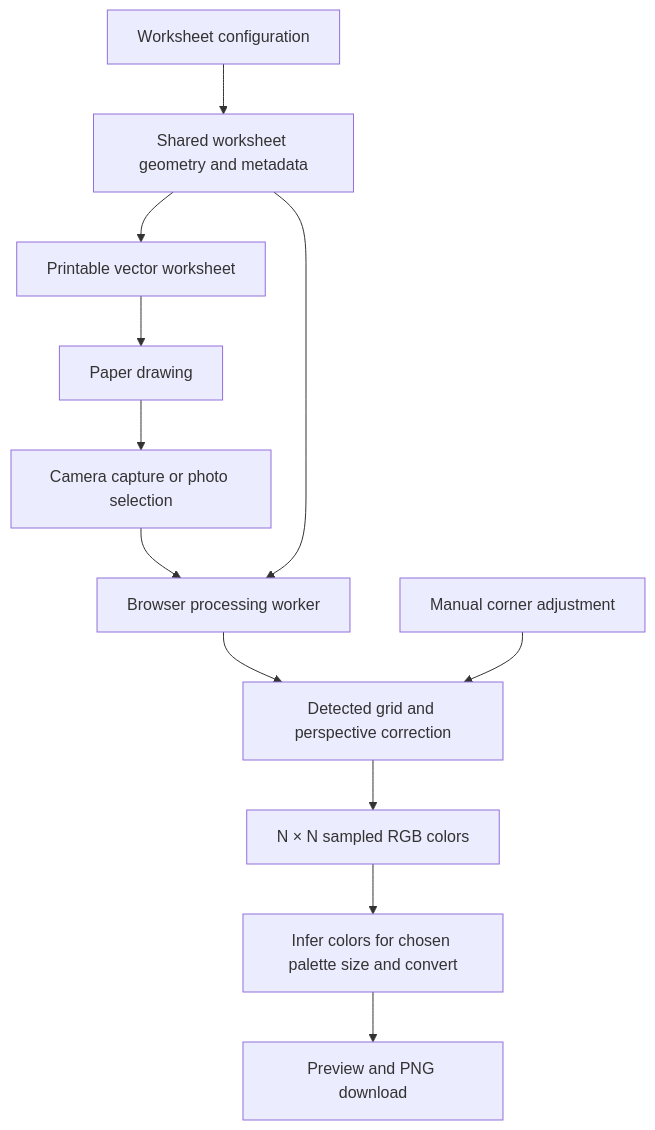
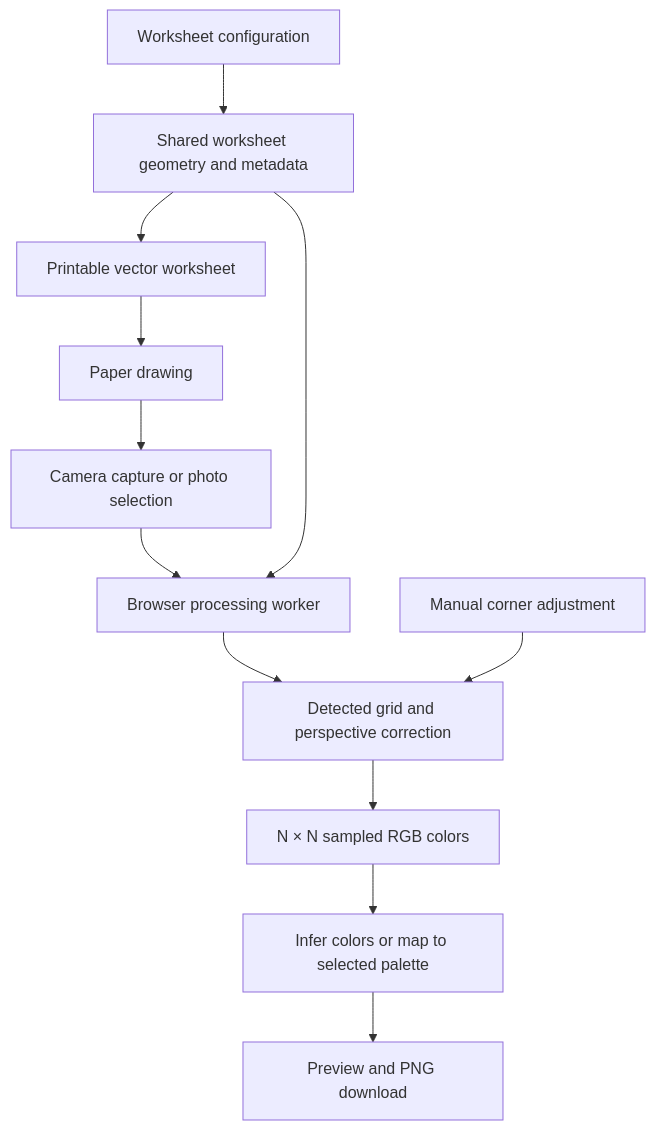
One commit to RevenantScholar/paper-pixel changed the diagram in docs/high-level-design.md. Above: the diagram before and after it, drawn with Mermaid. The commit also changed other lines of this file and 22 other files, not shown here.

````diff
--- a/docs/high-level-design.md
+++ b/docs/high-level-design.md
@@ -49,14 +49,14 @@
 ```mermaid
 flowchart TD
     A[Worksheet configuration] --> B[Shared worksheet geometry and metadata]
     B --> C[Printable vector worksheet]
     C --> D[Paper drawing]
     D --> E[Camera capture or photo selection]
     E --> F[Browser processing worker]
     B --> F
     F --> G[Detected grid and perspective correction]
     H[Manual corner adjustment] --> G
     G --> I[N × N sampled RGB colors]
-    I --> J[Infer colors for chosen palette size and convert]
+    I --> J[Infer colors or map to selected palette]
     J --> K[Preview and PNG download]
 ```
````
